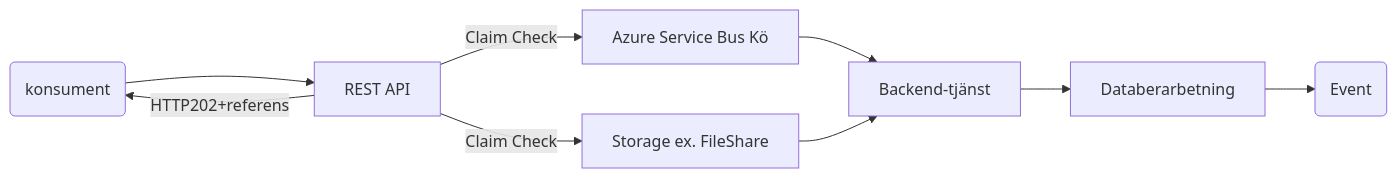
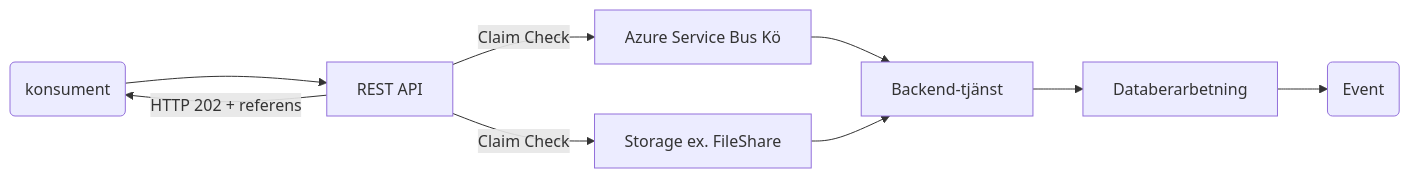
Before and after one commit to Ilovetypescript/mdtest: the diagram in mönster1.md, drawn with Mermaid.

````diff
--- a/mönster1.md
+++ b/mönster1.md
@@ -29,12 +29,12 @@
 ```mermaid
  graph  LR
     Q(konsument) --> A
     A[REST API] -->|Claim Check| B[Azure Service Bus Kö]
-    A -->|HTTP202+referens| Q
+    A -->|HTTP 202 + referens| Q
     A -->|Claim Check| C[Storage ex. FileShare]
     B --> D[Backend-tjänst]
     C --> D[Backend-tjänst]
     D --> E[Databerarbetning]
     E --> F(Event)
 
 ```
````
